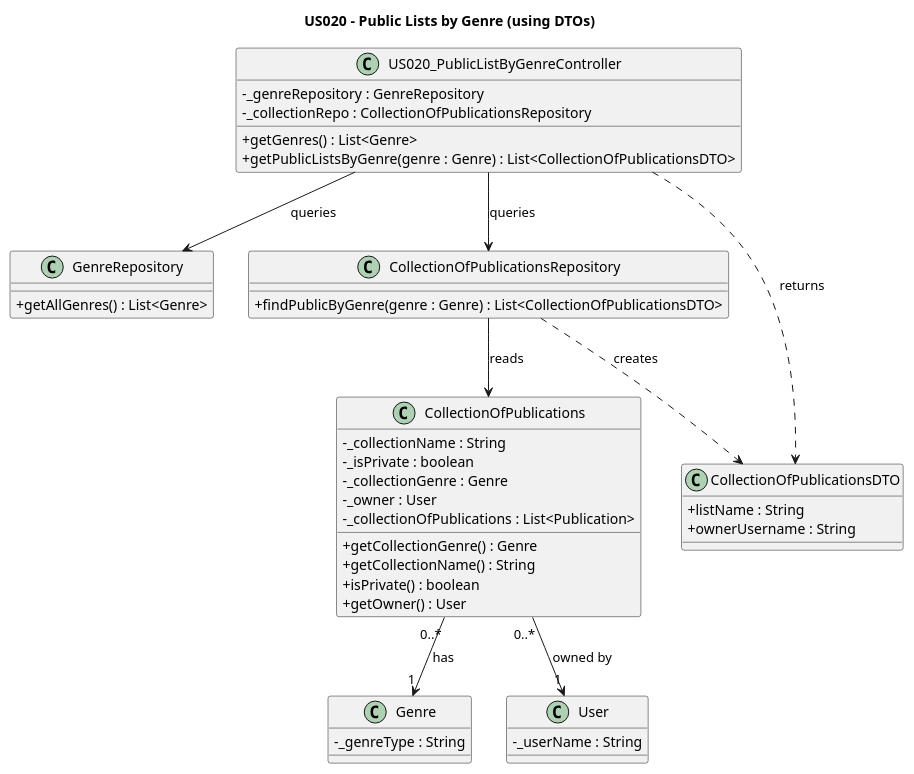
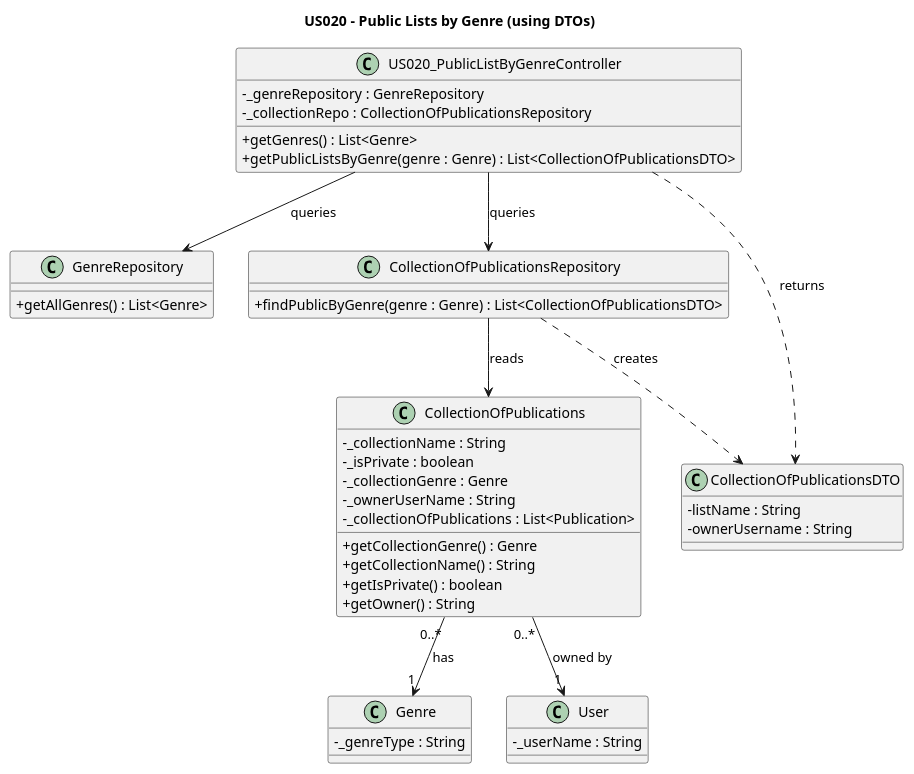
Before and after one commit to AndrePereiraGitH/SWitCH-Project-Team_A: the diagram in Diagrams/ClassDiagrams/US020-to-get-list-of-public-lists-of-a-given-genre.puml, drawn with PlantUML. The commit also changed 1 other file, not shown here.

Commit message:
Working on #42, fixed minor mistakes in diagrams

```diff
--- a/Diagrams/ClassDiagrams/US020-to-get-list-of-public-lists-of-a-given-genre.puml
+++ b/Diagrams/ClassDiagrams/US020-to-get-list-of-public-lists-of-a-given-genre.puml
@@ -1,57 +1,57 @@
 @startuml
 skinparam classAttributeIconSize 0
 
 title US020 - Public Lists by Genre (using DTOs)
 
 class US020_PublicListByGenreController {
   - _genreRepository : GenreRepository
   - _collectionRepo : CollectionOfPublicationsRepository
   + getGenres() : List<Genre>
   + getPublicListsByGenre(genre : Genre) : List<CollectionOfPublicationsDTO>
 }
 
 class GenreRepository {
   + getAllGenres() : List<Genre>
 }
 
 class CollectionOfPublicationsRepository {
   + findPublicByGenre(genre : Genre) : List<CollectionOfPublicationsDTO>
 }
 
 class Genre {
   - _genreType : String
 }
 
 class User {
   - _userName : String
 }
 
 class CollectionOfPublications {
   - _collectionName : String
   - _isPrivate : boolean
   - _collectionGenre : Genre
-  - _owner : User
+  - _ownerUserName : String
   - _collectionOfPublications : List<Publication>
   + getCollectionGenre() : Genre
   + getCollectionName() : String
-  + isPrivate() : boolean
-  + getOwner() : User
+  + getIsPrivate() : boolean
+  + getOwner() : String
 }
 
 class CollectionOfPublicationsDTO {
-  + listName : String
-  + ownerUsername : String
+  - listName : String
+  - ownerUsername : String
 }
 
 US020_PublicListByGenreController --> GenreRepository : queries
 US020_PublicListByGenreController --> CollectionOfPublicationsRepository : queries
 
 CollectionOfPublicationsRepository --> CollectionOfPublications : reads
 CollectionOfPublicationsRepository ..> CollectionOfPublicationsDTO : creates
 
 CollectionOfPublications "0..*" --> "1" Genre : has
 CollectionOfPublications "0..*" --> "1" User : owned by
 
 US020_PublicListByGenreController ..> CollectionOfPublicationsDTO : returns
 
 @enduml
```
